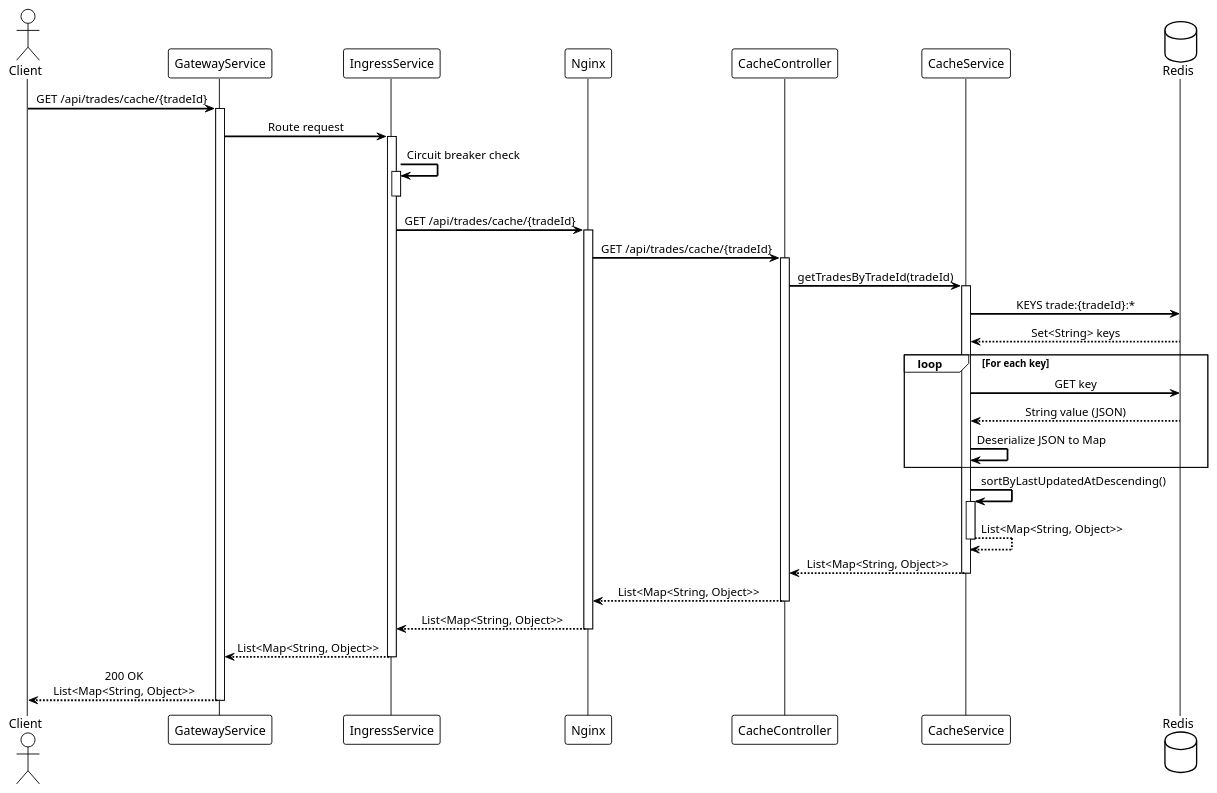
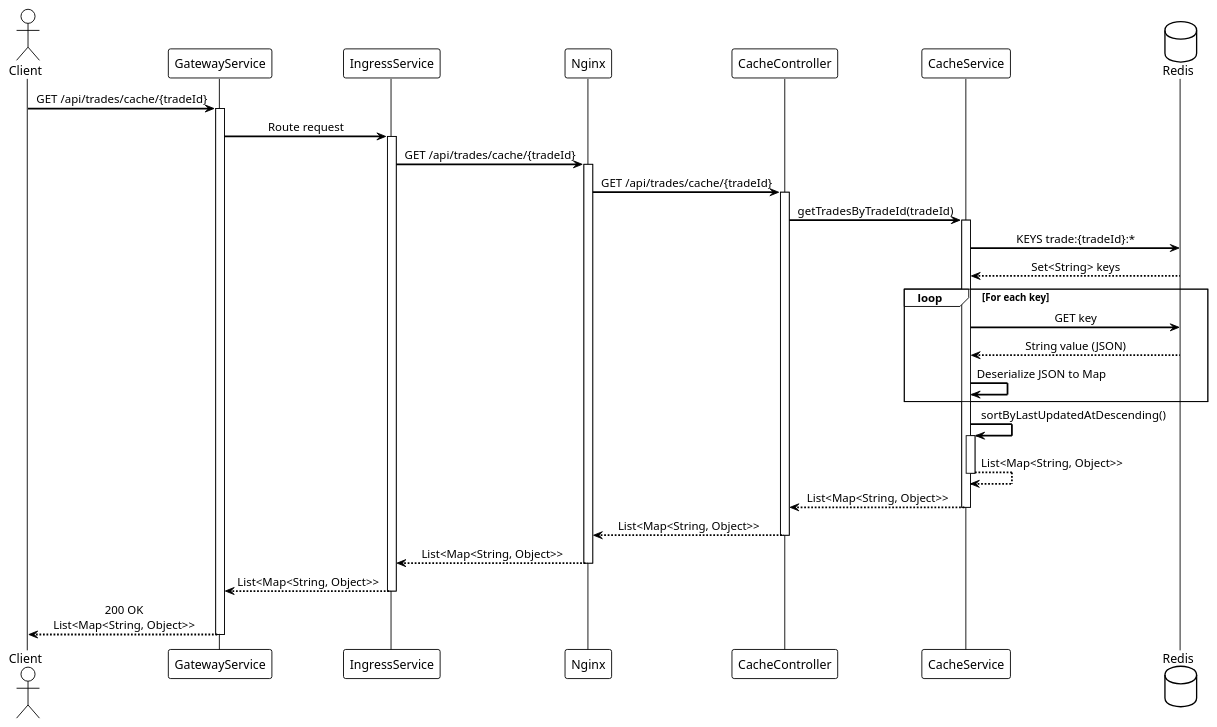
One commit to mukizonese/trade-platform changed the diagram in backend/diagrams/sequence-cache-query.puml. Above: the diagram before and after it, drawn with PlantUML. The commit also changed 28 other files, not shown here.

Commit message:
PlantUML updated for AI. CircuitBreaker Live Test added.

```diff
--- a/backend/diagrams/sequence-cache-query.puml
+++ b/backend/diagrams/sequence-cache-query.puml
@@ -1,64 +1,60 @@
 @startuml Cache Query
 
 !theme plain
 skinparam backgroundColor #FFFFFF
 skinparam sequenceMessageAlign center
 skinparam sequenceArrowThickness 2
 
 actor Client
 participant GatewayService
 participant IngressService
 participant Nginx
 participant CacheController
 participant CacheService
 database Redis
 
 Client -> GatewayService: GET /api/trades/cache/{tradeId}
 activate GatewayService
 
 GatewayService -> IngressService: Route request
 activate IngressService
-
-IngressService -> IngressService: Circuit breaker check
-activate IngressService
-deactivate IngressService
 
 IngressService -> Nginx: GET /api/trades/cache/{tradeId}
 activate Nginx
 
 Nginx -> CacheController: GET /api/trades/cache/{tradeId}
 activate CacheController
 
 CacheController -> CacheService: getTradesByTradeId(tradeId)
 activate CacheService
 
 CacheService -> Redis: KEYS trade:{tradeId}:*
 Redis --> CacheService: Set<String> keys
 
 loop For each key
     CacheService -> Redis: GET key
     Redis --> CacheService: String value (JSON)
     CacheService -> CacheService: Deserialize JSON to Map
 end
 
 CacheService -> CacheService: sortByLastUpdatedAtDescending()
 activate CacheService
 CacheService --> CacheService: List<Map<String, Object>>
 deactivate CacheService
 
 CacheService --> CacheController: List<Map<String, Object>>
 deactivate CacheService
 
 CacheController --> Nginx: List<Map<String, Object>>
 deactivate CacheController
 
 Nginx --> IngressService: List<Map<String, Object>>
 deactivate Nginx
 
 IngressService --> GatewayService: List<Map<String, Object>>
 deactivate IngressService
 
 GatewayService --> Client: 200 OK\nList<Map<String, Object>>
 deactivate GatewayService
 
 @enduml
```
